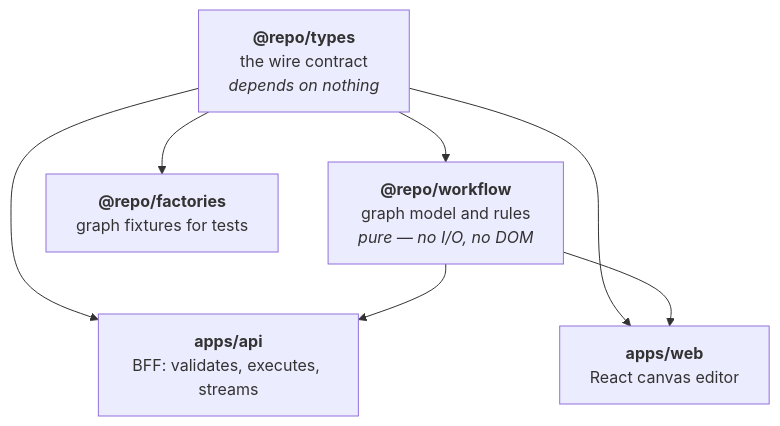
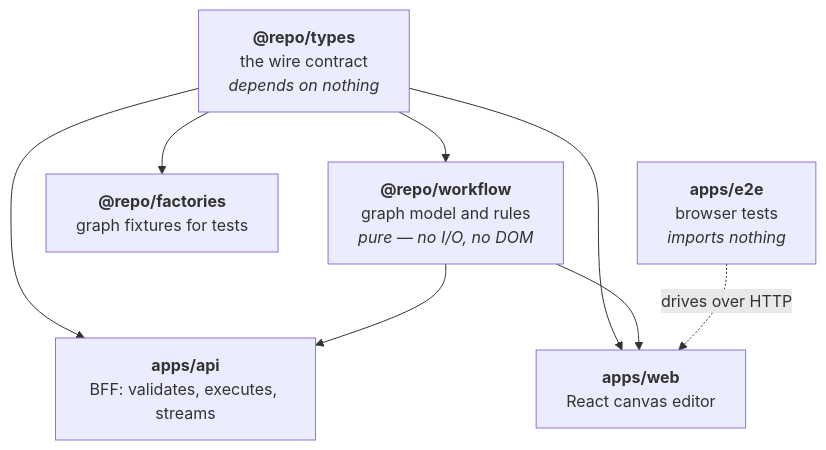
Before and after one commit to jeffrey-110/wand-mini-workflow-canvas: the diagram in README.md, drawn with Mermaid. The commit also changed other lines of this file and 5 other files, not shown here.

````diff
--- a/README.md
+++ b/README.md
@@ -35,15 +35,17 @@
 ```mermaid
 flowchart TD
   types["<b>@repo/types</b><br/>the wire contract<br/><i>depends on nothing</i>"]
   workflow["<b>@repo/workflow</b><br/>graph model and rules<br/><i>pure — no I/O, no DOM</i>"]
   factories["<b>@repo/factories</b><br/>graph fixtures for tests"]
   api["<b>apps/api</b><br/>BFF: validates, executes, streams"]
   web["<b>apps/web</b><br/>React canvas editor"]
+  e2e["<b>apps/e2e</b><br/>browser tests<br/><i>imports nothing</i>"]
 
   types --> workflow
   types --> factories
   types --> api
   types --> web
   workflow --> api
   workflow --> web
+  e2e -. "drives over HTTP" .-> web
 ```
````
